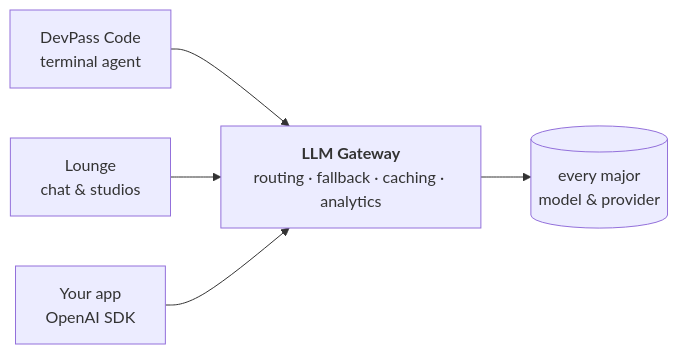
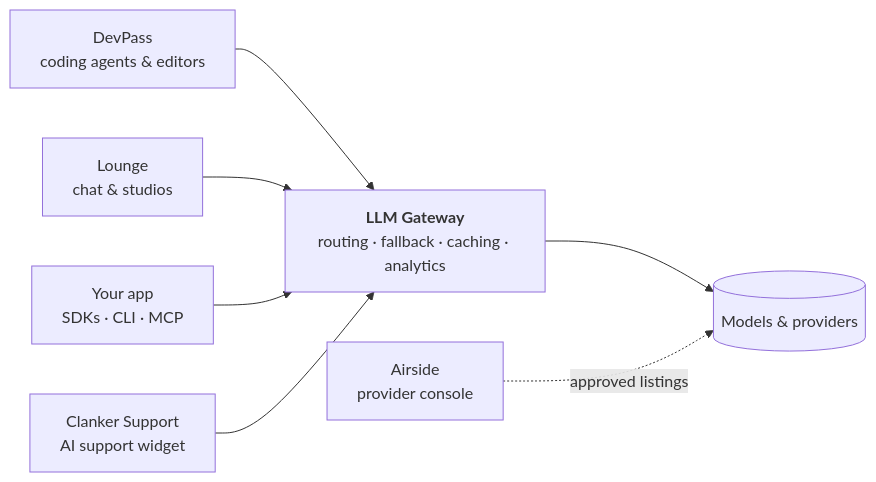
Before and after one commit to theopenco/.github: the diagram in profile/README.md, drawn with Mermaid. The commit also changed other lines of this file, not shown here.

Commit message:
docs: refresh org profile with Airside

````diff
--- a/profile/README.md
+++ b/profile/README.md
@@ -24,7 +24,9 @@
 ```mermaid
 flowchart LR
-    A["DevPass Code<br/>terminal agent"] --> G
-    B["Lounge<br/>chat &amp; studios"] --> G
-    C["Your app<br/>OpenAI SDK"] --> G
-    G["<b>LLM Gateway</b><br/>routing · fallback · caching · analytics"] --> P[("every major<br/>model &amp; provider")]
+	A["DevPass<br/>coding agents &amp; editors"] --> G
+	B["Lounge<br/>chat &amp; studios"] --> G
+	C["Your app<br/>SDKs · CLI · MCP"] --> G
+	D["Clanker Support<br/>AI support widget"] --> G
+	G["<b>LLM Gateway</b><br/>routing · fallback · caching · analytics"] --> P[("Models &amp; providers")]
+	E["Airside<br/>provider console"] -. approved listings .-> P
 ```
````
